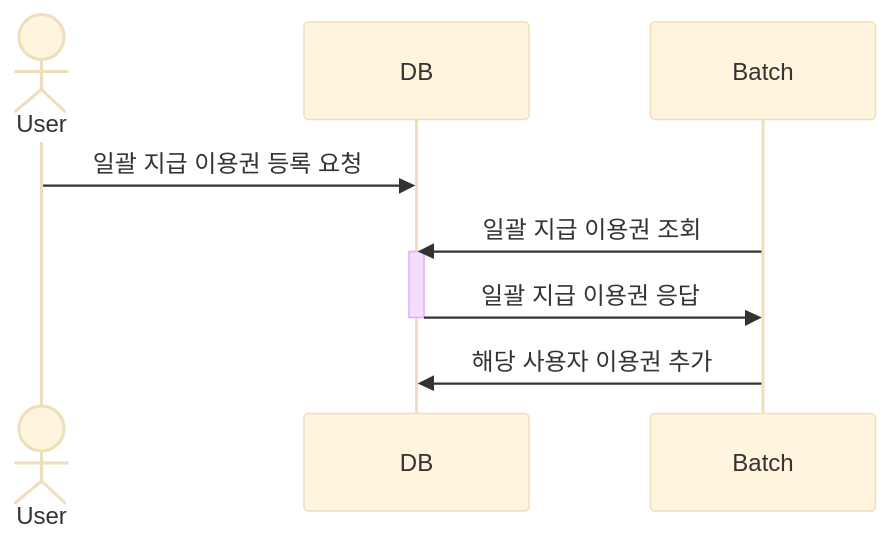
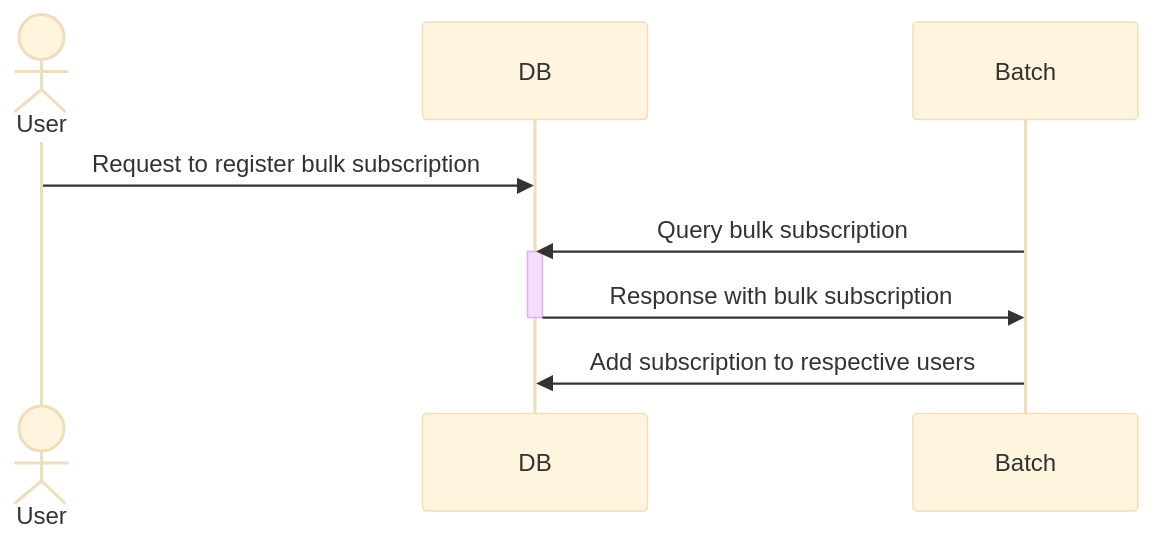
The second of 4 diagrams in README.md (KyleKim107/ticket-batch), drawn with Mermaid (base theme) before and after one commit. The commit also changed other lines of this file, not shown here.

````diff
--- a/README.md
+++ b/README.md
@@ -31,13 +32,14 @@
 ```mermaid
 sequenceDiagram
     actor User
     participant DB
     participant Batch
-    User->>DB: 일괄 지급 이용권 등록 요청
+    User->>DB: Request to register bulk subscription
 
-    Batch->>DB: 일괄 지급 이용권 조회
+    Batch->>DB: Query bulk subscription
     activate DB
-    DB->>Batch: 일괄 지급 이용권 응답
+    DB->>Batch: Response with bulk subscription
     deactivate DB
-    Batch->>DB: 해당 사용자 이용권 추가
+    Batch->>DB: Add subscription to respective users
+
 ```
````
